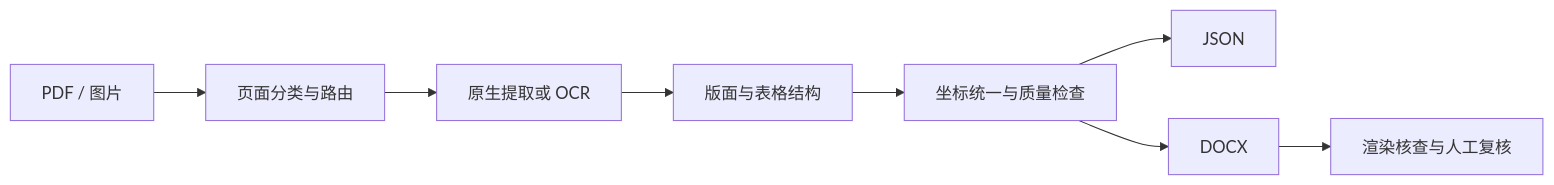
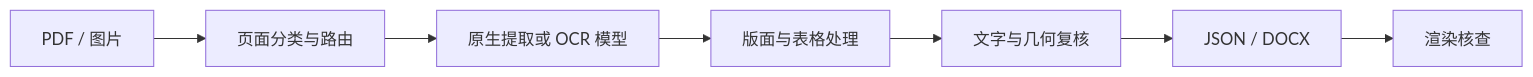
Before and after one commit to YSADF/ocr-document-showcase: the first of 2 diagrams in README.md, drawn with Mermaid. The commit also changed other lines of this file and 43 other files, not shown here.

````diff
--- a/README.md
+++ b/README.md
@@ -92,10 +72,9 @@
 ```mermaid
 flowchart LR
     A[PDF / 图片] --> B[页面分类与路由]
-    B --> C[原生提取或 OCR]
-    C --> D[版面与表格结构]
-    D --> E[坐标统一与质量检查]
-    E --> F[JSON]
-    E --> G[DOCX]
-    G --> H[渲染核查与人工复核]
+    B --> C[原生提取或 OCR 模型]
+    C --> D[版面与表格处理]
+    D --> E[文字与几何复核]
+    E --> F[JSON / DOCX]
+    F --> G[渲染核查]
 ```
````
